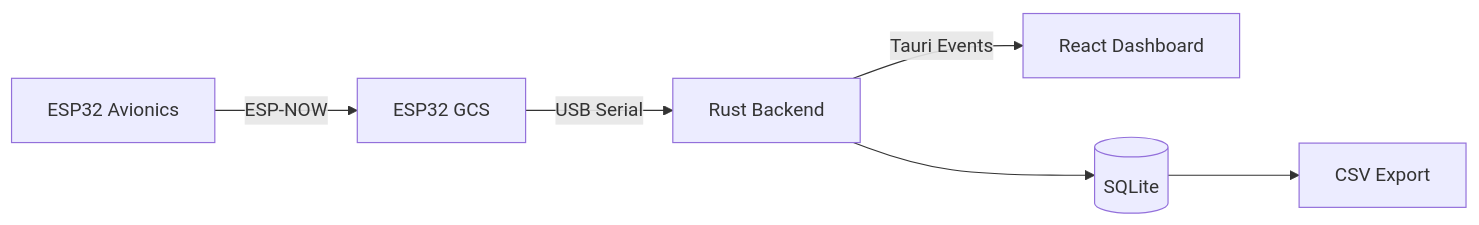
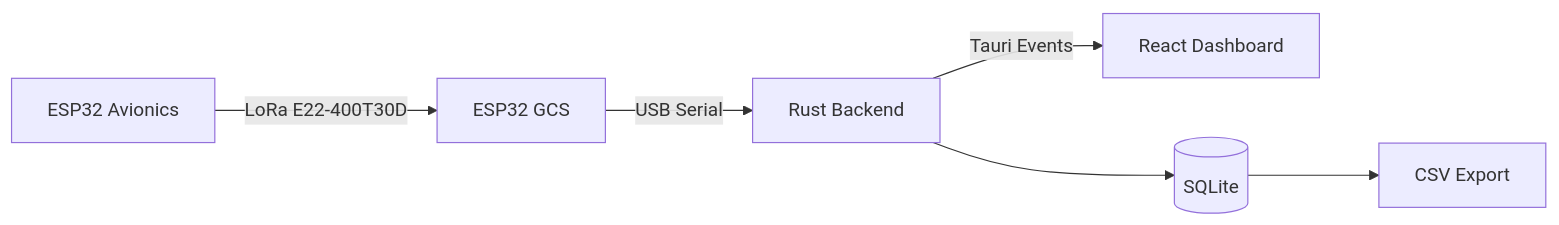
One commit to Raharinda/avionics-gcs changed the first of 2 diagrams in README.md. Above: the diagram before and after it, drawn with Mermaid. The commit also changed other lines of this file and 30 other files, not shown here.

````diff
--- a/README.md
+++ b/README.md
@@ -24,8 +24,8 @@
 ```mermaid
 flowchart LR
-  A[ESP32 Avionics] -->|ESP-NOW| B[ESP32 GCS]
+  A[ESP32 Avionics] -->|LoRa E22-400T30D| B[ESP32 GCS]
   B -->|USB Serial| C[Rust Backend]
   C -->|Tauri Events| D[React Dashboard]
   C --> E[(SQLite)]
   E --> F[CSV Export]
 ```
````
